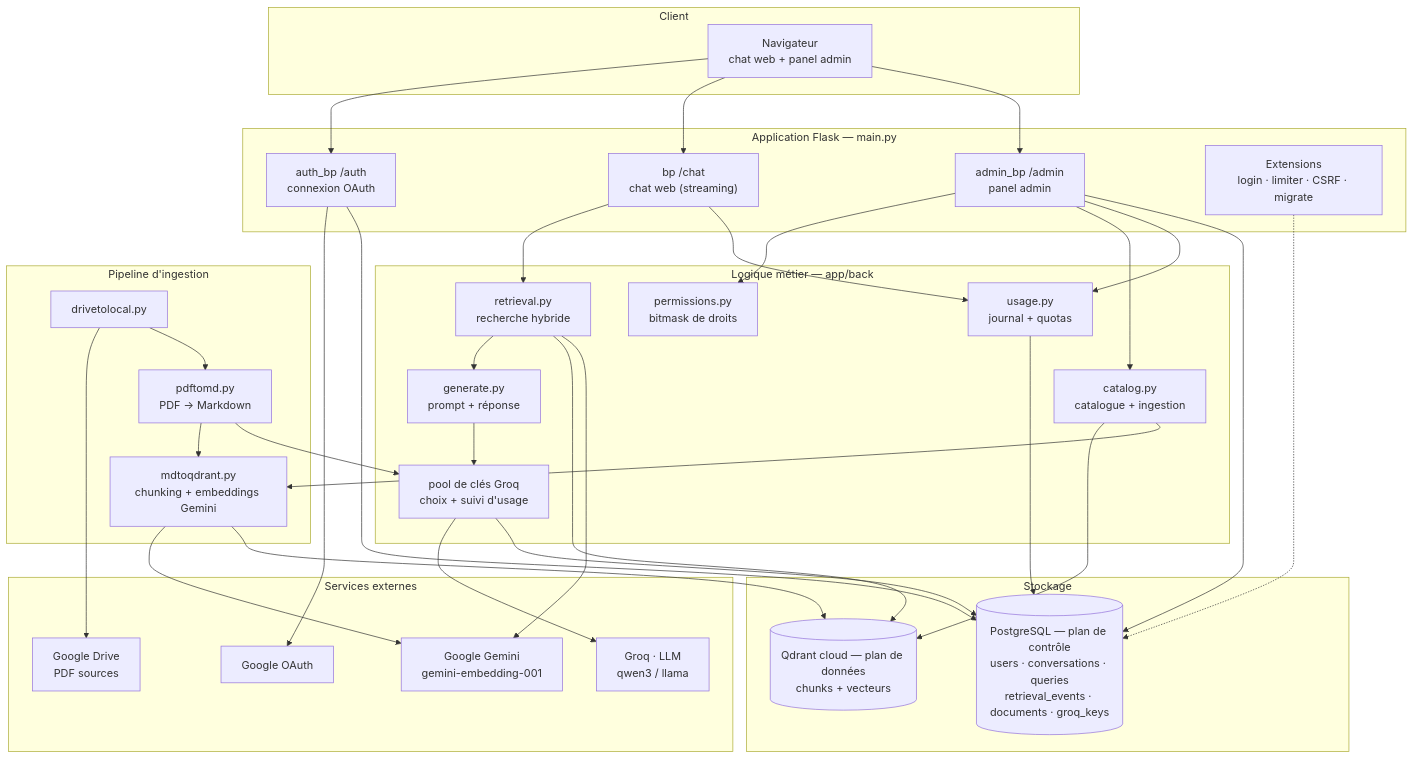
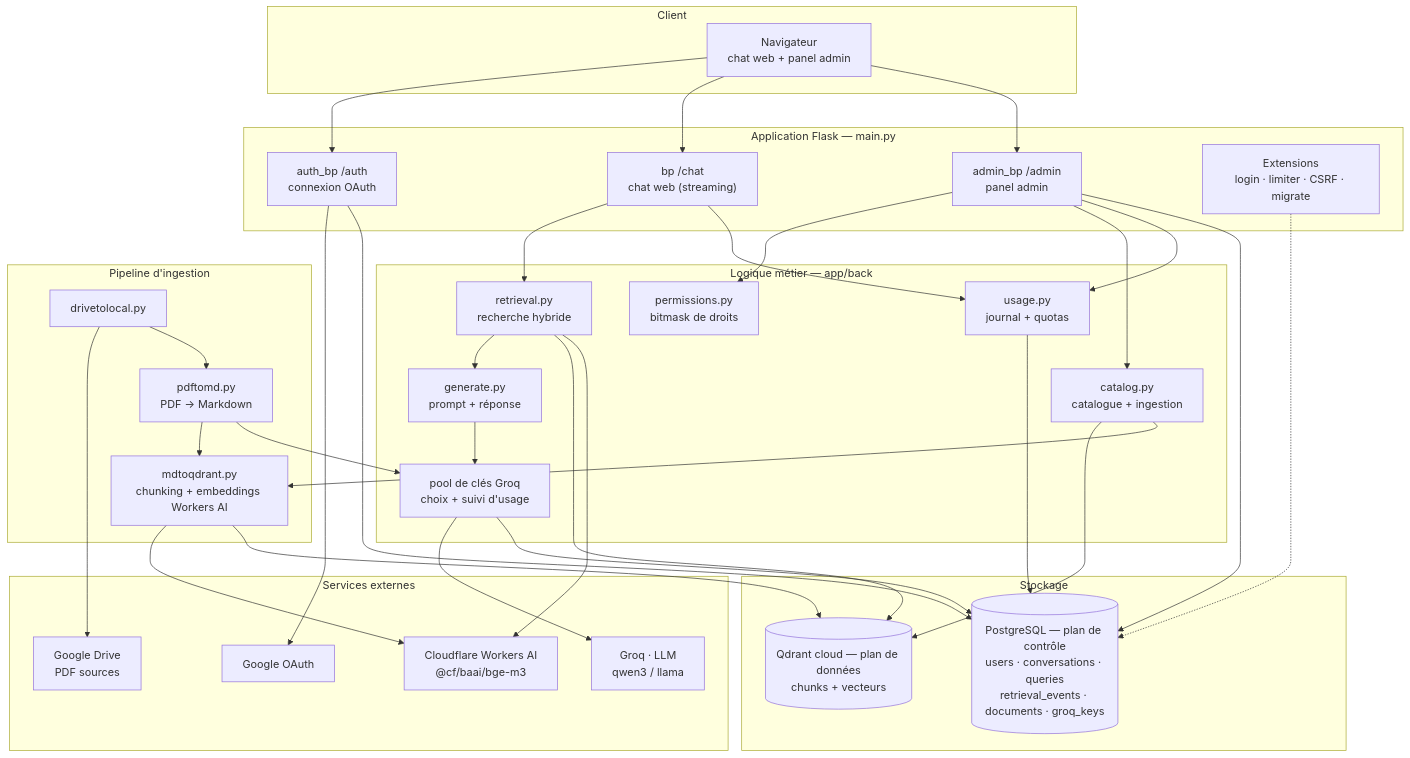
Before and after one commit to KioshiEagle/tngpt: the first of 4 diagrams in docs/architecture.md, drawn with Mermaid. The commit also changed other lines of this file and 2 other files, not shown here.

Commit message:
Mise à jour de la documentation : remplacement des références à Gemini par Cloudflare Workers AI pour les embeddings, ajout des variables d'environnement nécessaires.

````diff
--- a/docs/architecture.md
+++ b/docs/architecture.md
@@ -17,64 +17,64 @@
 ```mermaid
 flowchart TB
     subgraph client["Client"]
         Browser["Navigateur<br/>chat web + panel admin"]
     end
 
     subgraph flask["Application Flask — main.py"]
         AuthBP["auth_bp /auth<br/>connexion OAuth"]
         ChatBP["bp /chat<br/>chat web (streaming)"]
         AdminBP["admin_bp /admin<br/>panel admin"]
         Ext["Extensions<br/>login · limiter · CSRF · migrate"]
     end
 
     subgraph logic["Logique métier — app/back"]
         Perms["permissions.py<br/>bitmask de droits"]
         Retrieval["retrieval.py<br/>recherche hybride"]
         Generate["generate.py<br/>prompt + réponse"]
         Usage["usage.py<br/>journal + quotas"]
         Catalog["catalog.py<br/>catalogue + ingestion"]
         GroqPool["pool de clés Groq<br/>choix + suivi d'usage"]
     end
 
     subgraph pipeline["Pipeline d'ingestion"]
         Drive["drivetolocal.py"]
         Pdf["pdftomd.py<br/>PDF → Markdown"]
-        Vector["mdtoqdrant.py<br/>chunking + embeddings Gemini"]
+        Vector["mdtoqdrant.py<br/>chunking + embeddings Workers AI"]
     end
 
     subgraph stores["Stockage"]
         PG[("PostgreSQL — plan de contrôle<br/>users · conversations · queries<br/>retrieval_events · documents · groq_keys")]
         QD[("Qdrant cloud — plan de données<br/>chunks + vecteurs")]
     end
 
     subgraph external["Services externes"]
         Groq["Groq · LLM<br/>qwen3 / llama"]
         OAuth["Google OAuth"]
         GDrive["Google Drive<br/>PDF sources"]
-        Gemini["Google Gemini<br/>gemini-embedding-001"]
+        CF["Cloudflare Workers AI<br/>@cf/baai/bge-m3"]
     end
 
     Browser --> AuthBP & ChatBP & AdminBP
     AuthBP --> OAuth
     AuthBP --> PG
 
     ChatBP --> Retrieval --> Generate
     Retrieval --> QD
-    Retrieval --> Gemini
+    Retrieval --> CF
     ChatBP --> Usage --> PG
     Generate --> GroqPool --> Groq
     GroqPool --> PG
 
     AdminBP --> Perms & Catalog & Usage
     AdminBP --> PG
     Catalog --> QD
     Catalog --> Vector
 
     Drive --> GDrive
     Drive --> Pdf --> Vector
     Pdf --> GroqPool
-    Vector --> Gemini
+    Vector --> CF
     Vector --> QD
 
     Ext -.-> PG
 ```
````
